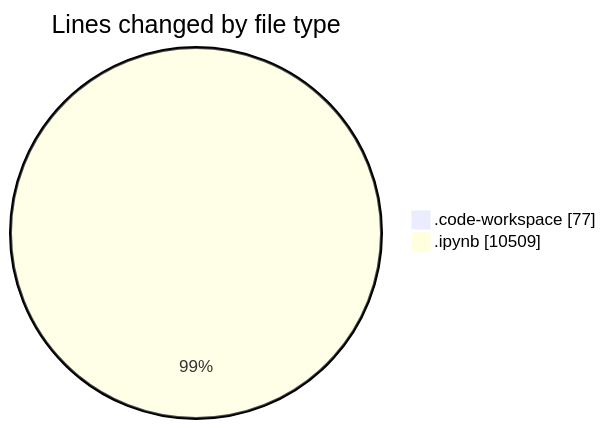
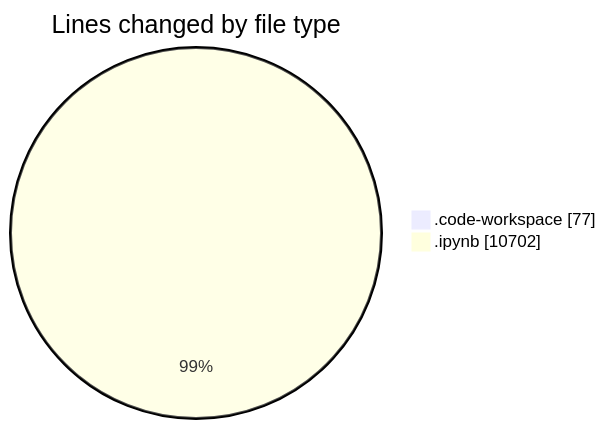
One commit to MatusMokan/code-tracking changed the first of 2 diagrams in 2025-03-14/myws__workspace_/README.md. Above: the diagram before and after it, drawn with Mermaid. The commit also changed other lines of this file and 1 other file, not shown here.

````diff
--- a/2025-03-14/myws__workspace_/README.md
+++ b/2025-03-14/myws__workspace_/README.md
@@ -21,6 +21,6 @@
 ```mermaid
 pie showData
 title Lines changed by file type
 ".code-workspace" : 77
-".ipynb" : 10509
+".ipynb" : 10702
 ```
````
